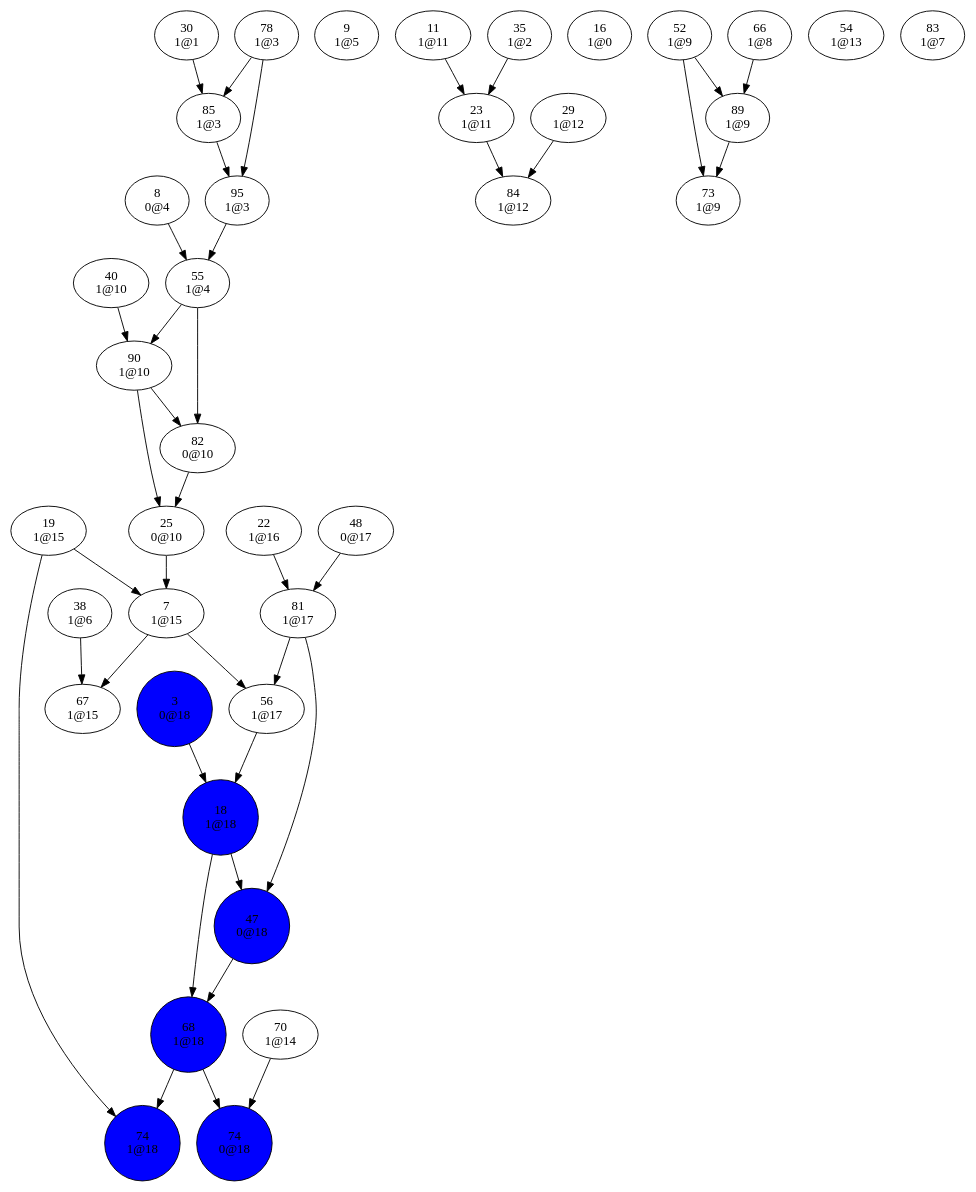
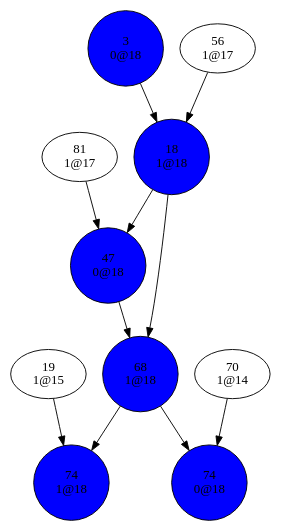
Before and after one commit to Oxmose/SATSolver: the diagram in dev/bin/conflictGraph2.dot, drawn with Graphviz. The commit also changed 9 other files, not shown here.

```diff
--- a/dev/bin/conflictGraph2.dot
+++ b/dev/bin/conflictGraph2.dot
@@ -1,146 +1,48 @@
 digraph {
 "3
 0@18"->"18
 1@18";
-"7
-1@15"->"56
-1@17";
-"7
-1@15"->"67
-1@15";
-"8
-0@4"->"55
-1@4";
-"9
-1@5";
-"11
-1@11"->"23
-1@11";
-"16
-1@0";
 "18
 1@18"->"47
 0@18";
 "18
 1@18"->"68
 1@18";
 "19
-1@15"->"7
-1@15";
-"19
 1@15"->"74
 1@18";
-"22
-1@16"->"81
-1@17";
-"23
-1@11"->"84
-1@12";
-"25
-0@10"->"7
-1@15";
-"29
-1@12"->"84
-1@12";
-"30
-1@1"->"85
-1@3";
-"35
-1@2"->"23
-1@11";
-"38
-1@6"->"67
-1@15";
-"40
-1@10"->"90
-1@10";
 "47
 0@18"->"68
 1@18";
-"48
-0@17"->"81
-1@17";
-"52
-1@9"->"73
-1@9";
-"52
-1@9"->"89
-1@9";
-"54
-1@13";
-"55
-1@4"->"82
-0@10";
-"55
-1@4"->"90
-1@10";
 "56
 1@17"->"18
 1@18";
-"66
-1@8"->"89
-1@9";
-"67
-1@15";
 "68
 1@18"->"74
 0@18";
 "68
 1@18"->"74
 1@18";
 "70
 1@14"->"74
 0@18";
-"73
-1@9";
 "74
 0@18";
 "74
 1@18";
-"78
-1@3"->"85
-1@3";
-"78
-1@3"->"95
-1@3";
 "81
 1@17"->"47
 0@18";
-"81
-1@17"->"56
-1@17";
-"82
-0@10"->"25
-0@10";
-"83
-1@7";
-"84
-1@12";
-"85
-1@3"->"95
-1@3";
-"89
-1@9"->"73
-1@9";
-"90
-1@10"->"25
-0@10";
-"90
-1@10"->"82
-0@10";
-"95
-1@3"->"55
-1@4";
 "3
 0@18"[shape=circle, style=filled, fillcolor=blue];
 "18
 1@18"[shape=circle, style=filled, fillcolor=blue];
 "47
 0@18"[shape=circle, style=filled, fillcolor=blue];
 "68
 1@18"[shape=circle, style=filled, fillcolor=blue];
 "74
 0@18"[shape=circle, style=filled, fillcolor=blue];
 "74
 1@18"[shape=circle, style=filled, fillcolor=blue];
 }
```
